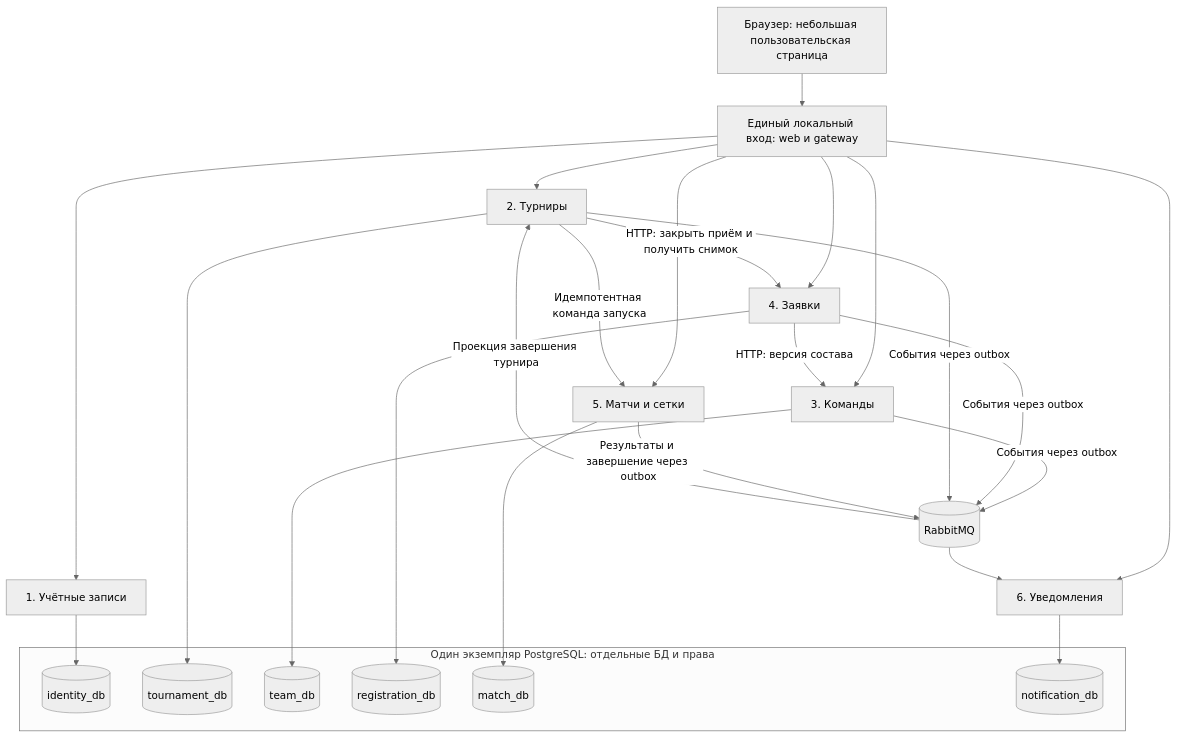
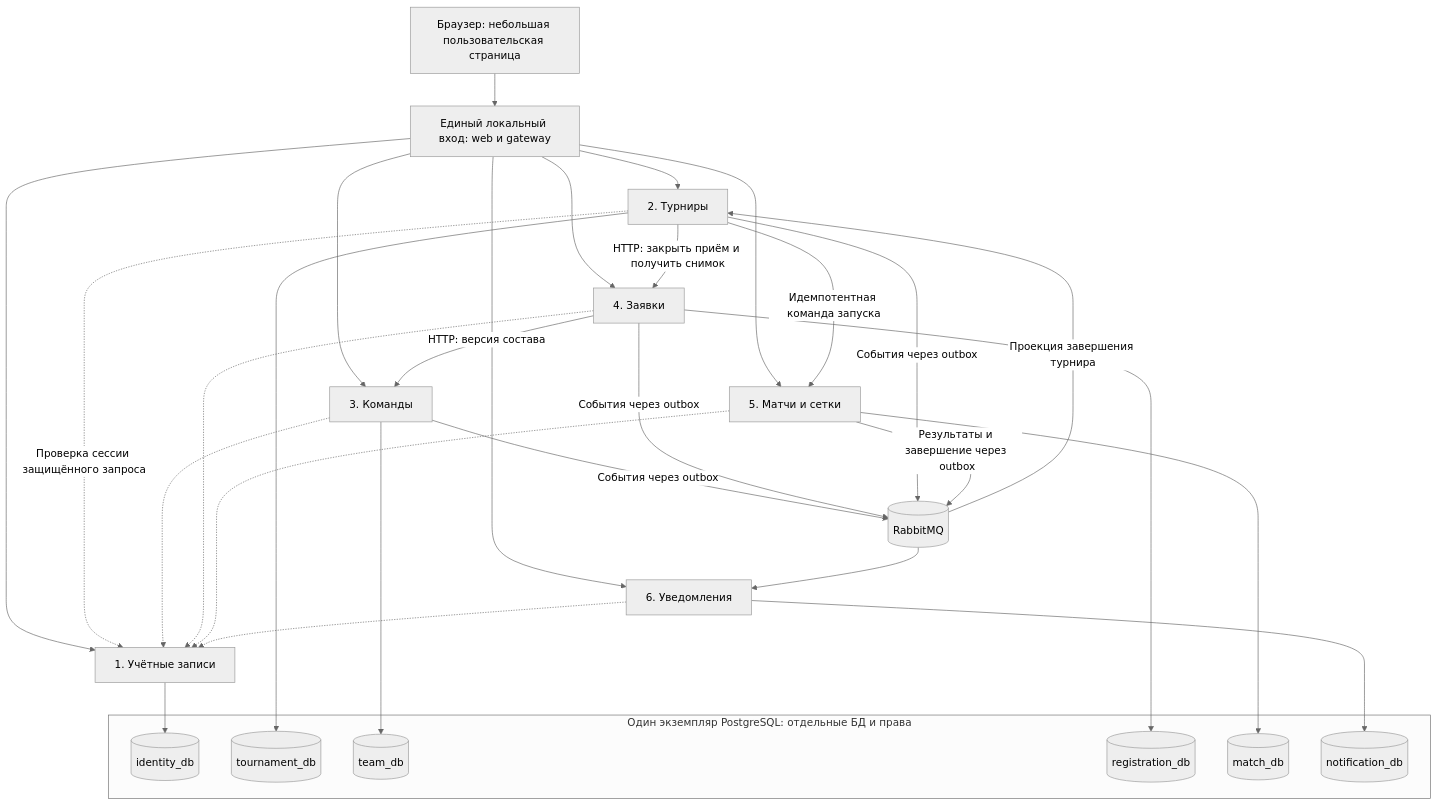
One commit to aristique/OpenTournament changed the diagram in docs/architecture.md. Above: the diagram before and after it, drawn with Mermaid (neutral theme). The commit also changed other lines of this file and 8 other files, not shown here.

````diff
--- a/docs/architecture.md
+++ b/docs/architecture.md
@@ -5,33 +5,38 @@
 ```mermaid
 flowchart TB
     B[Браузер: небольшая пользовательская страница] --> G[Единый локальный вход: web и gateway]
     G --> I[1. Учётные записи]
     G --> T[2. Турниры]
     G --> C[3. Команды]
     G --> R[4. Заявки]
     G --> M[5. Матчи и сетки]
     G --> N[6. Уведомления]
+    T -.->|Проверка сессии защищённого запроса| I
+    C -.-> I
+    R -.-> I
+    M -.-> I
+    N -.-> I
     R -->|HTTP: версия состава| C
     T -->|HTTP: закрыть приём и получить снимок| R
     T -->|Идемпотентная команда запуска| M
     C -->|События через outbox| Q[(RabbitMQ)]
     R -->|События через outbox| Q
     T -->|События через outbox| Q
     M -->|Результаты и завершение через outbox| Q
     Q --> N
     Q -->|Проекция завершения турнира| T
     subgraph P[Один экземпляр PostgreSQL: отдельные БД и права]
       DI[(identity_db)]
       DT[(tournament_db)]
       DC[(team_db)]
       DR[(registration_db)]
       DM[(match_db)]
       DN[(notification_db)]
     end
     I --> DI
     T --> DT
     C --> DC
     R --> DR
     M --> DM
     N --> DN
 ```
````
